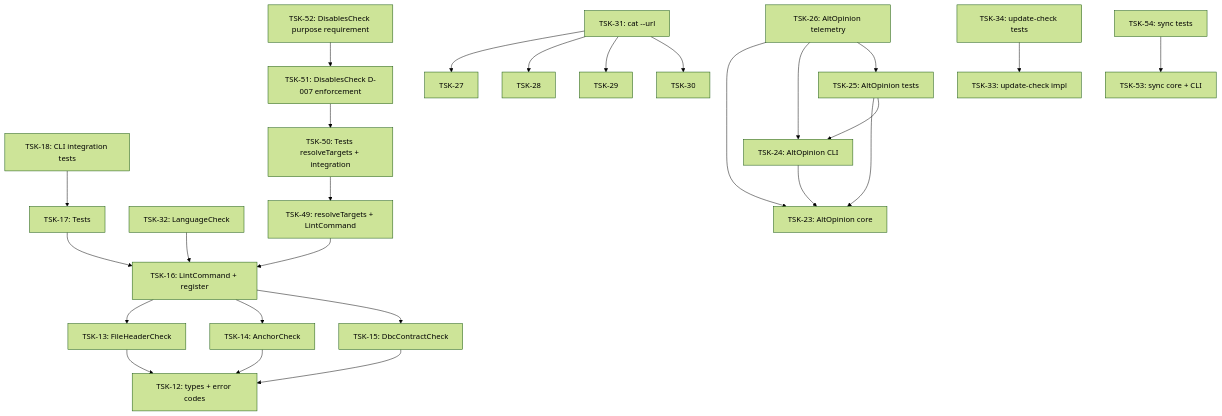
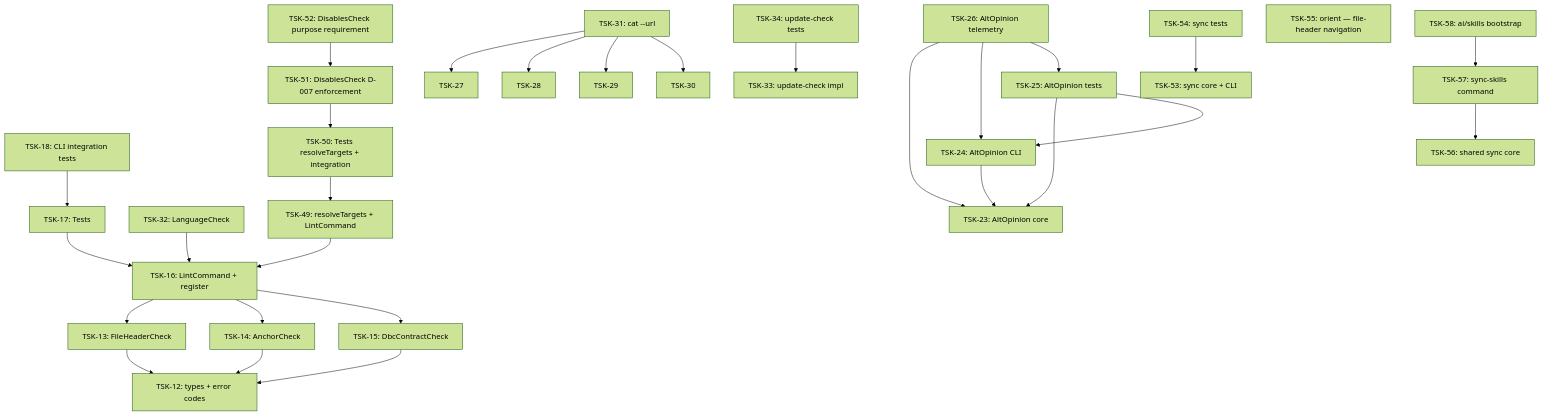
Before and after one commit to RubaXa/gennady: the diagram in tasks/cli/README.md, drawn with Mermaid (forest theme). The commit also changed other lines of this file and 3 other files, not shown here.

First line of the commit message:
task(scaffold): TSK-56/57/58 for sync-skills module

````diff
--- a/tasks/cli/README.md
+++ b/tasks/cli/README.md
@@ -33,49 +37,55 @@
 ```mermaid
 graph TD
     TSK-12[TSK-12: types + error codes]
     TSK-13[TSK-13: FileHeaderCheck]
     TSK-14[TSK-14: AnchorCheck]
     TSK-15[TSK-15: DbcContractCheck]
     TSK-16[TSK-16: LintCommand + register]
     TSK-17[TSK-17: Tests]
     TSK-13 --> TSK-12
     TSK-14 --> TSK-12
     TSK-15 --> TSK-12
     TSK-16 --> TSK-13
     TSK-16 --> TSK-14
     TSK-16 --> TSK-15
     TSK-17 --> TSK-16
     TSK-18[TSK-18: CLI integration tests]
     TSK-18 --> TSK-17
     TSK-32[TSK-32: LanguageCheck]
     TSK-32 --> TSK-16
     TSK-49[TSK-49: resolveTargets + LintCommand]
     TSK-49 --> TSK-16
     TSK-50[TSK-50: Tests resolveTargets + integration]
     TSK-50 --> TSK-49
     TSK-51[TSK-51: DisablesCheck D-007 enforcement]
     TSK-51 --> TSK-50
     TSK-52[TSK-52: DisablesCheck purpose requirement]
     TSK-52 --> TSK-51
     TSK-23[TSK-23: AltOpinion core]
     TSK-24[TSK-24: AltOpinion CLI]
     TSK-25[TSK-25: AltOpinion tests]
     TSK-24 --> TSK-23
     TSK-25 --> TSK-23
     TSK-25 --> TSK-24
     TSK-26[TSK-26: AltOpinion telemetry]
     TSK-26 --> TSK-23
     TSK-26 --> TSK-24
     TSK-26 --> TSK-25
     TSK-31[TSK-31: cat --url]
     TSK-31 --> TSK-27
     TSK-31 --> TSK-28
     TSK-31 --> TSK-29
     TSK-31 --> TSK-30
     TSK-33[TSK-33: update-check impl]
     TSK-34[TSK-34: update-check tests]
     TSK-34 --> TSK-33
     TSK-53[TSK-53: sync core + CLI]
     TSK-54[TSK-54: sync tests]
     TSK-54 --> TSK-53
+    TSK-55[TSK-55: orient — file-header navigation]
+    TSK-56[TSK-56: shared sync core]
+    TSK-57[TSK-57: sync-skills command]
+    TSK-58[TSK-58: ai/skills bootstrap]
+    TSK-57 --> TSK-56
+    TSK-58 --> TSK-57
 ```
````
